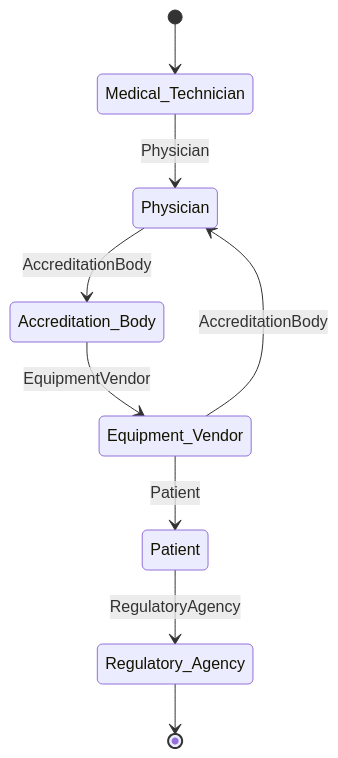
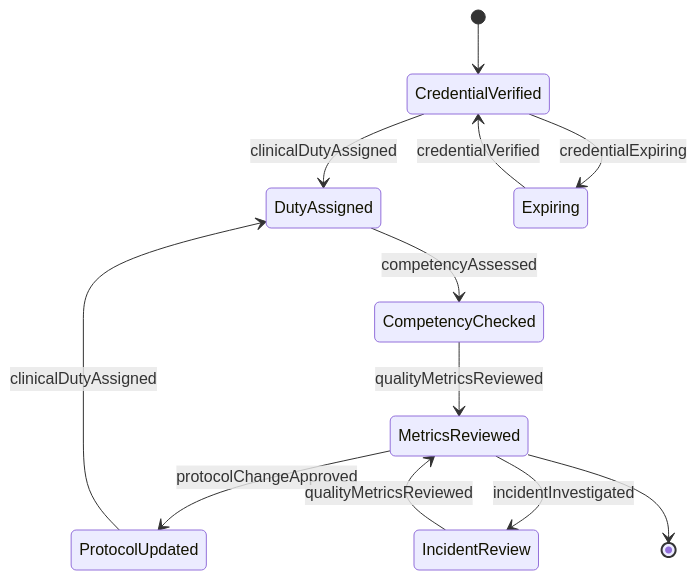
The second of 4 diagrams in GuidingDirectingAndMotivatingSubordinates/SupervisePersonnelActivities/SuperviseTechnicalMedicalPersonnel.mdx (dot-org-ai/tasks.org.ai), drawn with Mermaid before and after one commit. The commit also changed other lines of this file and 515 other files, not shown here.

````diff
--- a/GuidingDirectingAndMotivatingSubordinates/SupervisePersonnelActivities/SuperviseTechnicalMedicalPersonnel.mdx
+++ b/GuidingDirectingAndMotivatingSubordinates/SupervisePersonnelActivities/SuperviseTechnicalMedicalPersonnel.mdx
@@ -101,11 +98,14 @@
 ```mermaid
 stateDiagram-v2
-    [*] --> Medical_Technician
-    Medical_Technician --> Physician: Physician
-    Physician --> Accreditation_Body: AccreditationBody
-    Accreditation_Body --> Equipment_Vendor: EquipmentVendor
-    Equipment_Vendor --> Patient: Patient
-    Patient --> Regulatory_Agency: RegulatoryAgency
-    Equipment_Vendor --> Physician: AccreditationBody
-    Regulatory_Agency --> [*]
+    [*] --> CredentialVerified
+    CredentialVerified --> DutyAssigned : clinicalDutyAssigned
+    DutyAssigned --> CompetencyChecked : competencyAssessed
+    CompetencyChecked --> MetricsReviewed : qualityMetricsReviewed
+    MetricsReviewed --> ProtocolUpdated : protocolChangeApproved
+    ProtocolUpdated --> DutyAssigned : clinicalDutyAssigned
+    MetricsReviewed --> IncidentReview : incidentInvestigated
+    IncidentReview --> MetricsReviewed : qualityMetricsReviewed
+    CredentialVerified --> Expiring : credentialExpiring
+    Expiring --> CredentialVerified : credentialVerified
+    MetricsReviewed --> [*]
 ```
````
